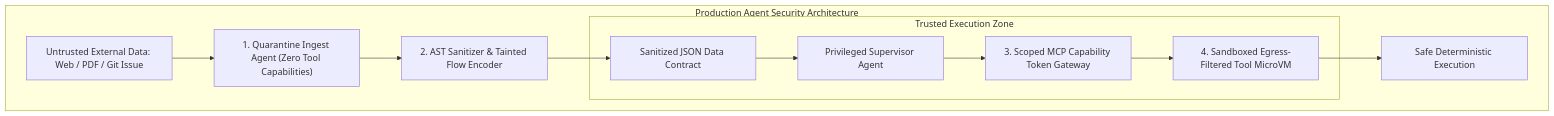
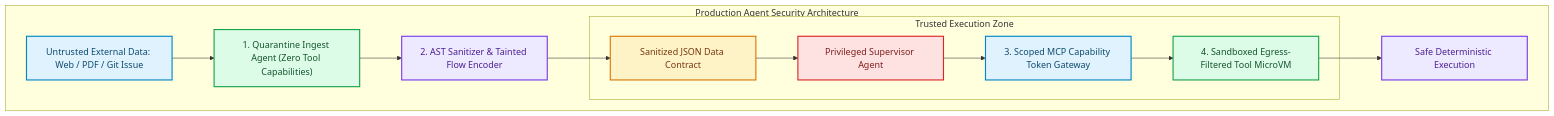
One commit to akmalkhaniub/akmalkhaniub.github.io changed the first of 2 diagrams in blog/posts/securing-agent-swarms-indirect-prompt-injection-mcp-tool-exploits.md. Above: the diagram before and after it, drawn with Mermaid. The commit also changed other lines of this file and 1291 other files, not shown here.

First line of the commit message:
feat(catalog): unique covers, scholarly references, and diagram palettes

````diff
--- a/blog/posts/securing-agent-swarms-indirect-prompt-injection-mcp-tool-exploits.md
+++ b/blog/posts/securing-agent-swarms-indirect-prompt-injection-mcp-tool-exploits.md
@@ -19,16 +19,27 @@
 ```mermaid
 flowchart TD
   subgraph SG1_ProductionAgentSecurity ["Production Agent Security Architecture"]
-    UntrustedData[Untrusted External Data: Web / PDF / Git Issue] --> Quarantine["1. Quarantine Ingest Agent (Zero Tool Capabilities)"]
+    UntrustedData["Untrusted External Data: Web / PDF / Git Issue"] --> Quarantine["1. Quarantine Ingest Agent (Zero Tool Capabilities)"]
     Quarantine --> Sanitizer["2. AST Sanitizer & Tainted Flow Encoder"]
-    Sanitizer --> SafeContract[Sanitized JSON Data Contract]
+    Sanitizer --> SafeContract["Sanitized JSON Data Contract"]
     
     subgraph SG2_TrustedExecutionZone ["Trusted Execution Zone"]
-      SafeContract --> SupervisorAgent[Privileged Supervisor Agent]
+      SafeContract --> SupervisorAgent["Privileged Supervisor Agent"]
       SupervisorAgent --> MCPGateway["3. Scoped MCP Capability Token Gateway"]
       MCPGateway --> ToolSandbox["4. Sandboxed Egress-Filtered Tool MicroVM"]
     end
     
-    ToolSandbox --> SafeExecution[Safe Deterministic Execution]
+    ToolSandbox --> SafeExecution["Safe Deterministic Execution"]
   end
+
+classDef green fill:#dcfce7,stroke:#16a34a,stroke-width:2px,color:#14532d;
+classDef red fill:#fee2e2,stroke:#dc2626,stroke-width:2px,color:#7f1d1d;
+classDef blue fill:#e0f2fe,stroke:#0284c7,stroke-width:2px,color:#0c4a6e;
+classDef yellow fill:#fef3c7,stroke:#d97706,stroke-width:2px,color:#78350f;
+classDef purple fill:#ede9fe,stroke:#7c3aed,stroke-width:2px,color:#4c1d95;
+class UntrustedData,MCPGateway blue
+class Quarantine,ToolSandbox green
+class Sanitizer,SafeExecution purple
+class SafeContract yellow
+class SupervisorAgent red
 ```
````
